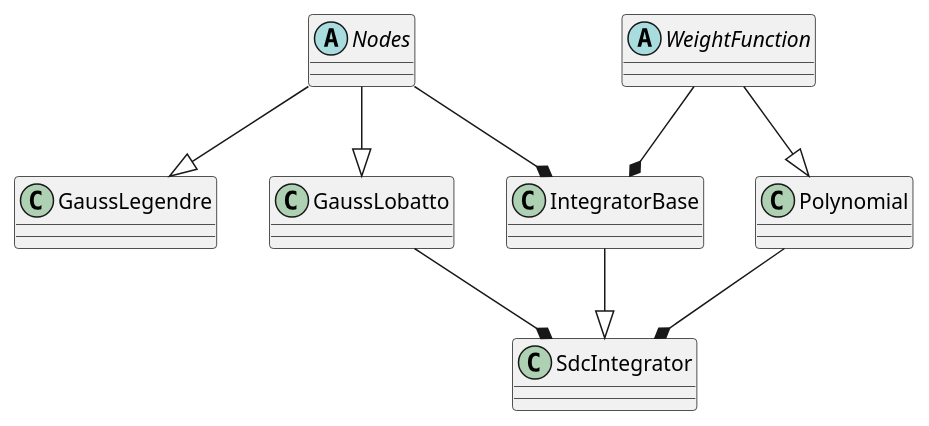
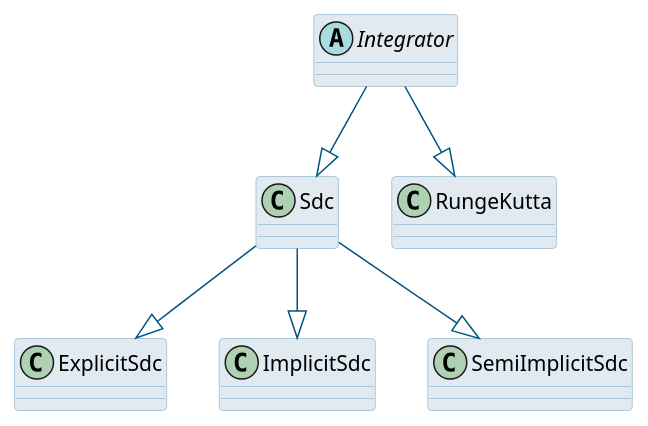
The diagram in doc/source/imgs/src/integrators_interfaces.puml (Parallel-in-Time/PyPinT), drawn with PlantUML before and after one commit. The commit also changed 7 other files, not shown here.

Commit message:
docu: fixing diagrams for PinTWS14 talk

```diff
--- a/doc/source/imgs/src/integrators_interfaces.puml
+++ b/doc/source/imgs/src/integrators_interfaces.puml
@@ -1,26 +1,31 @@
 @startuml
 
-abstract class Nodes
-abstract class WeightFunction
+skinparam stereotype {
+    CBackgroundColor #AF5A50
+    ABackgroundColor #7D966E
+    IBackgroundColor #D7AA50
+}
 
-class GaussLegendre
-class GaussLobatto
+skinparam class {
+	BackgroundColor #E1EAF1
+	ArrowColor #00557C
+	BorderColor #99BAD0
+}
 
-class Polynomial
+abstract class Integrator
 
-class IntegratorBase
-class SdcIntegrator
+class Sdc
+class RungeKutta
 
-Nodes --|> GaussLegendre
-Nodes --|> GaussLobatto
+class ExplicitSdc
+class ImplicitSdc
+class SemiImplicitSdc
 
-WeightFunction --|> Polynomial
+Integrator --|> Sdc
+Integrator --|> RungeKutta
 
-Nodes --* IntegratorBase
-WeightFunction --* IntegratorBase
-
-IntegratorBase --|> SdcIntegrator
-GaussLobatto --* SdcIntegrator
-Polynomial --* SdcIntegrator
+Sdc --|> ExplicitSdc
+Sdc --|> ImplicitSdc
+Sdc --|> SemiImplicitSdc
 
 @enduml
```
